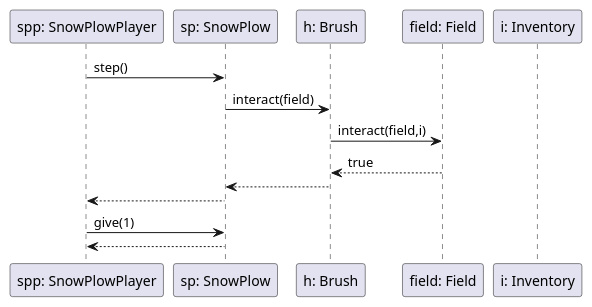
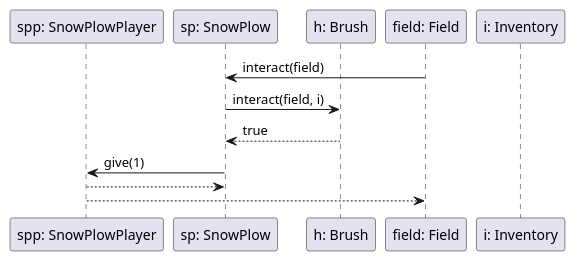
Before and after one commit to uhrinandor/spring: the diagram in docs/analizis1/sequence/hokotro_pontadas.plantuml, drawn with PlantUML. The commit also changed 7 other files, not shown here.

Commit message:
szekvenciak broom_fej_interact, brush_snow, bus_collector, dragon_snow, hokotro_pontadas, melt, spshop javitasa

```diff
--- a/docs/analizis1/sequence/hokotro_pontadas.plantuml
+++ b/docs/analizis1/sequence/hokotro_pontadas.plantuml
@@ -1,18 +1,15 @@
 participant "spp: SnowPlowPlayer"
 participant "sp: SnowPlow"
 
 participant "h: Brush"
 participant "field: Field"
 participant "i: Inventory"
 
-"spp: SnowPlowPlayer" -> "sp: SnowPlow": step()
-"sp: SnowPlow" -> "h: Brush" :interact(field)
-"h: Brush" -> "field: Field" : interact(field,i)
+"field: Field" -> "sp: SnowPlow" :interact(field)
+"sp: SnowPlow" -> "h: Brush": interact(field, i)
+"h: Brush" --> "sp: SnowPlow": true
 
-"field: Field" --> "h: Brush": true
+"sp: SnowPlow" -> "spp: SnowPlowPlayer": give(1)
 
-"h: Brush" --> "sp: SnowPlow"
-"sp: SnowPlow" --> "spp: SnowPlowPlayer"
-"spp: SnowPlowPlayer" -> "sp: SnowPlow": give(1)
-
-"sp: SnowPlow" --> "spp: SnowPlowPlayer"
+"spp: SnowPlowPlayer" --> "sp: SnowPlow"
+"spp: SnowPlowPlayer" --> "field: Field"
```
